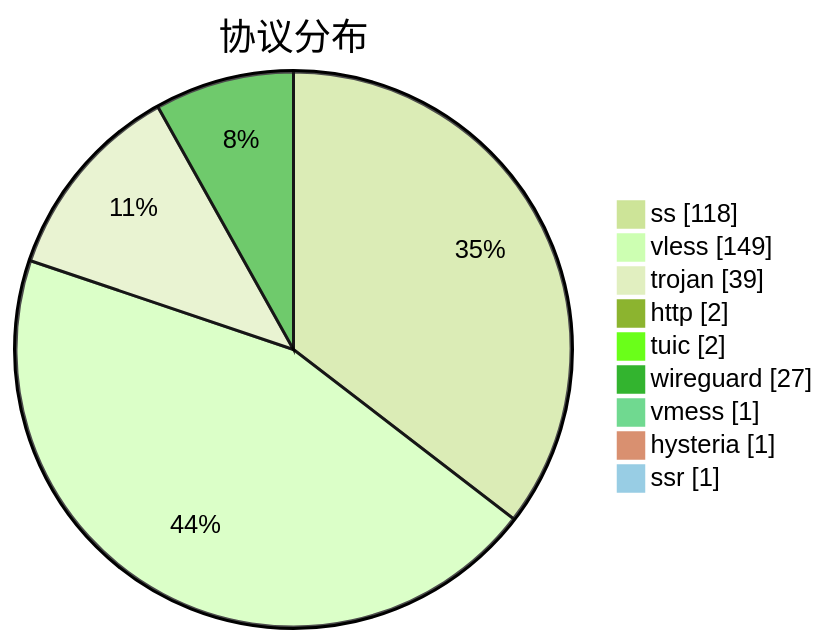
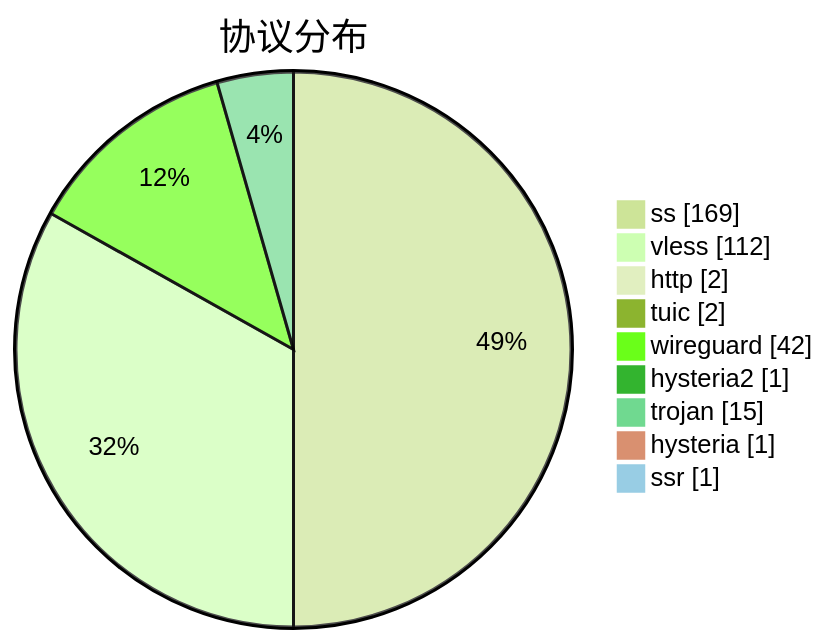
One commit to qjlxg/airport changed the third of 3 diagrams in subs/statistics/tested_within.md. Above: the diagram before and after it, drawn with Mermaid (forest theme). The commit also changed other lines of this file and 2 other files, not shown here.

````diff
--- a/subs/statistics/tested_within.md
+++ b/subs/statistics/tested_within.md
@@ -29,13 +32,13 @@
 ```mermaid
 pie showData
 title 协议分布
-"ss" : 118
-"vless" : 149
-"trojan" : 39
+"ss" : 169
+"vless" : 112
 "http" : 2
 "tuic" : 2
-"wireguard" : 27
-"vmess" : 1
+"wireguard" : 42
+"hysteria2" : 1
+"trojan" : 15
 "hysteria" : 1
 "ssr" : 1
 ```
````
